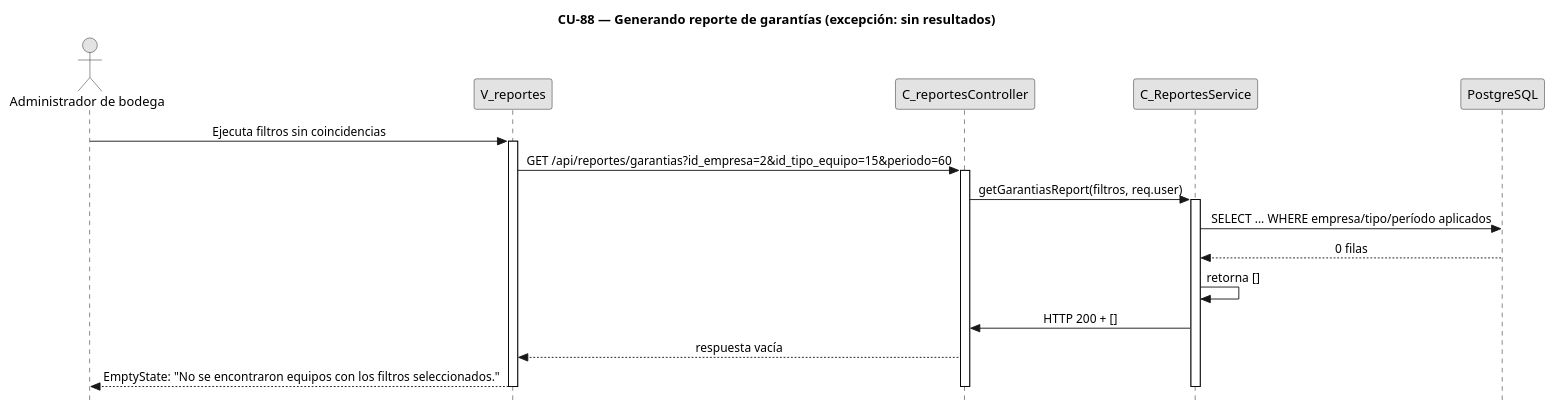
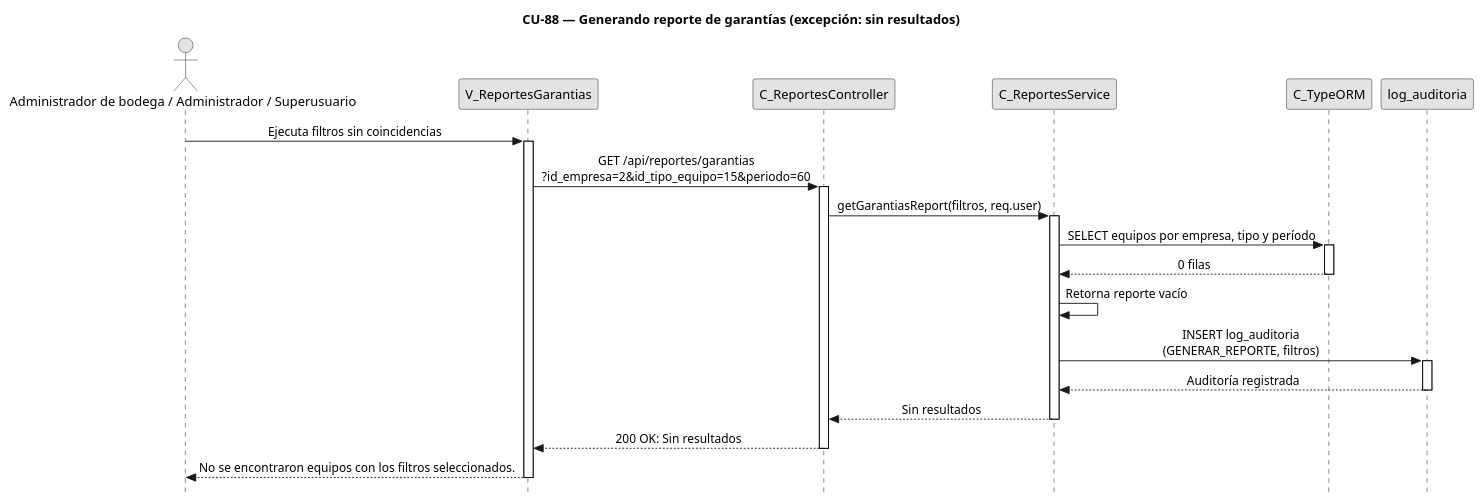
Before and after one commit to FSM-Finet-y-Cable-Magico/Team_1-Inventario-y-Bodega: the diagram in diagramas/diagramas-secuencia/CU88/CU88-exc-sin-resultados.puml, drawn with PlantUML. The commit also changed 35 other files, not shown here.

Commit message:
Arreglo de diagramas

```diff
--- a/diagramas/diagramas-secuencia/CU88/CU88-exc-sin-resultados.puml
+++ b/diagramas/diagramas-secuencia/CU88/CU88-exc-sin-resultados.puml
@@ -1,41 +1,48 @@
-@startuml CU88-Reporte-Garantias-Exc-Sin-Resultados
+@startuml CU88-exc-sin-resultados
 title CU-88 — Generando reporte de garantías (excepción: sin resultados)
+
 skinparam style strictuml
 skinparam monochrome true
 skinparam shadowing false
-skinparam sequenceMessageAlign center
 <style>
 sequenceDiagram {
-	participant { Margin 35 }
-	actor { Margin 15 }
+  participant { Margin 25 }
+  actor { Margin 20 }
 }
 </style>
 skinparam sequence {
 	MessageAlign center
 	LifeLineBorderColor black
 }
 hide footbox
 
-actor "Administrador de bodega" as U
-participant "V_reportes" as V
-participant "C_reportesController" as C
-participant "C_ReportesService" as S
-participant "PostgreSQL" as DB
+actor "Administrador de bodega / Administrador / Superusuario" as user
+participant "V_ReportesGarantias" as view
+participant "C_ReportesController" as ctrl
+participant "C_ReportesService" as svc
+participant "C_TypeORM" as orm
+participant "log_auditoria" as aent
 
-U -> V : Ejecuta filtros sin coincidencias
-activate V
-V -> C : GET /api/reportes/garantias?id_empresa=2&id_tipo_equipo=15&periodo=60
-activate C
-C -> S : getGarantiasReport(filtros, req.user)
-activate S
-S -> DB : SELECT ... WHERE empresa/tipo/período aplicados
-DB --> S : 0 filas
-S -> S : retorna []
-S -> C : HTTP 200 + []
-C --> V : respuesta vacía
-V --> U : EmptyState: "No se encontraron equipos con los filtros seleccionados."
+user -> view : Ejecuta filtros sin coincidencias
+activate view
+view -> ctrl : GET /api/reportes/garantias\n?id_empresa=2&id_tipo_equipo=15&periodo=60
+activate ctrl
+ctrl -> svc : getGarantiasReport(filtros, req.user)
+activate svc
+svc -> orm : SELECT equipos por empresa, tipo y período
+activate orm
+orm --> svc : 0 filas
+deactivate orm
+svc -> svc : Retorna reporte vacío
+svc -> aent : INSERT log_auditoria\n(GENERAR_REPORTE, filtros)
+activate aent
+aent --> svc : Auditoría registrada
+deactivate aent
+svc --> ctrl : Sin resultados
+deactivate svc
+ctrl --> view : 200 OK: Sin resultados
+deactivate ctrl
+view --> user : No se encontraron equipos con los filtros seleccionados.
+deactivate view
 
-deactivate V
-deactivate C
-deactivate S
 @enduml
```
